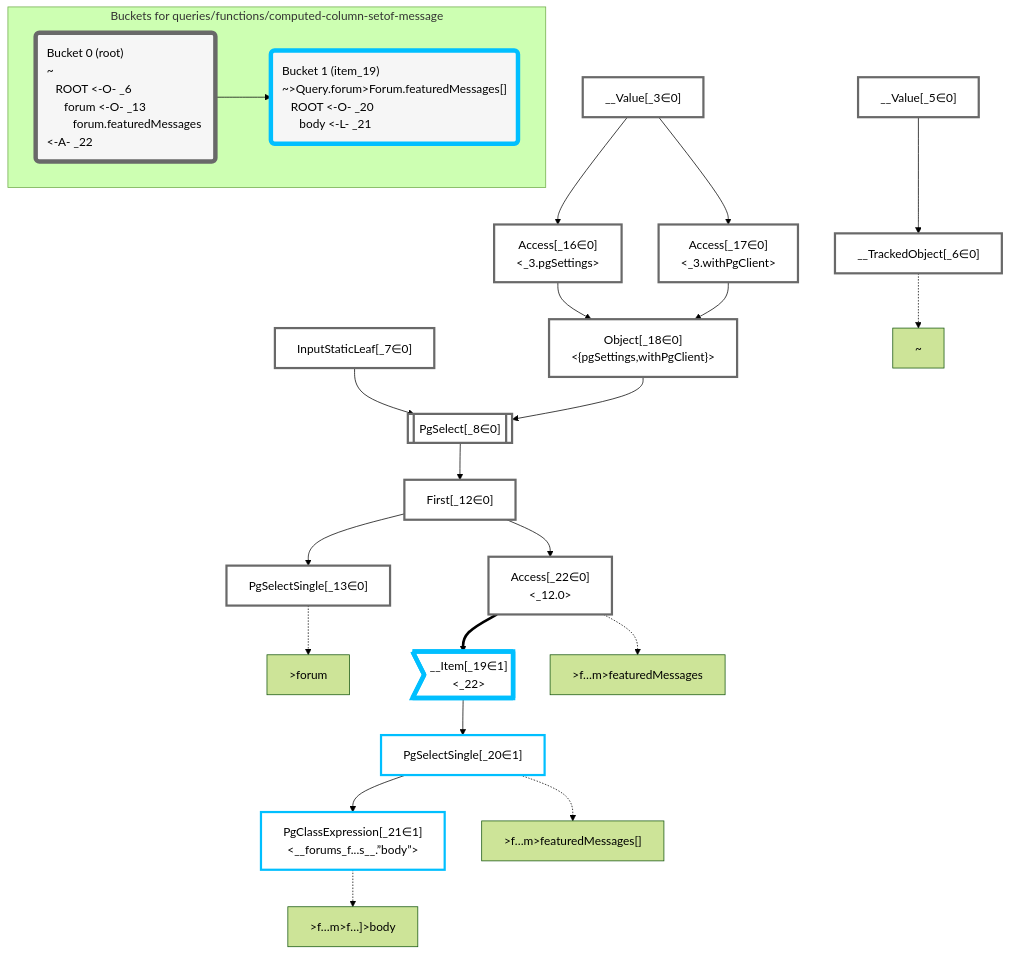
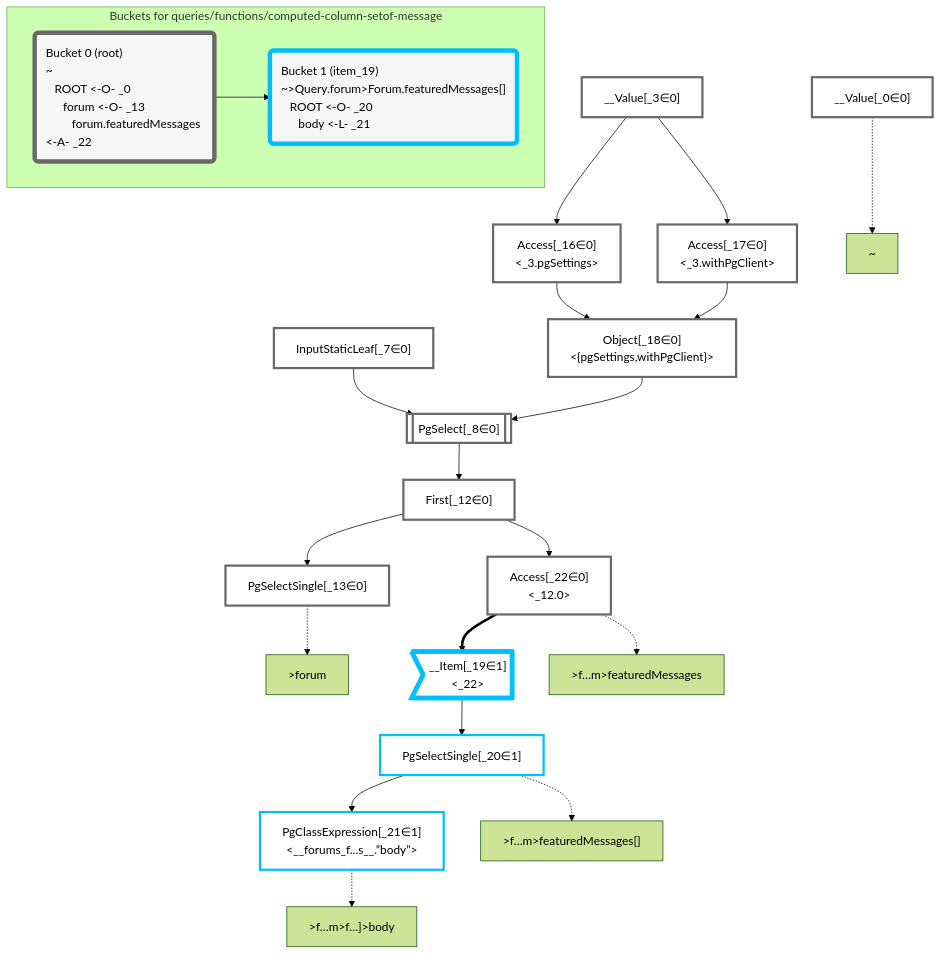
The diagram in packages/dataplan-pg/__tests__/queries/functions/computed-column-setof-message.mermaid.md (graphile/crystal), drawn with Mermaid (forest theme) before and after one commit. The commit also changed 193 other files, not shown here.

Commit message:
Update test plan snapshots with new root plan

````diff
--- a/packages/dataplan-pg/__tests__/queries/functions/computed-column-setof-message.mermaid.md
+++ b/packages/dataplan-pg/__tests__/queries/functions/computed-column-setof-message.mermaid.md
@@ -1,66 +1,64 @@
 ```mermaid
 graph TD
     classDef path fill:#eee,stroke:#000,color:#000
     classDef plan fill:#fff,stroke-width:3px,color:#000
     classDef itemplan fill:#fff,stroke-width:6px,color:#000
     classDef sideeffectplan fill:#f00,stroke-width:6px,color:#000
     classDef bucket fill:#f6f6f6,color:#000,stroke-width:6px,text-align:left
 
 
     %% define plans
+    __Value_0["__Value[_0∈0]"]:::plan
     __Value_3["__Value[_3∈0]<br /><context>"]:::plan
-    __Value_5["__Value[_5∈0]<br /><rootValue>"]:::plan
-    __TrackedObject_6["__TrackedObject[_6∈0]"]:::plan
     InputStaticLeaf_7["InputStaticLeaf[_7∈0]"]:::plan
     PgSelect_8[["PgSelect[_8∈0]<br /><forums>"]]:::plan
     First_12["First[_12∈0]"]:::plan
     PgSelectSingle_13["PgSelectSingle[_13∈0]<br /><forums>"]:::plan
     Access_16["Access[_16∈0]<br /><_3.pgSettings>"]:::plan
     Access_17["Access[_17∈0]<br /><_3.withPgClient>"]:::plan
     Object_18["Object[_18∈0]<br /><{pgSettings,withPgClient}>"]:::plan
     __Item_19>"__Item[_19∈1]<br /><_22>"]:::itemplan
     PgSelectSingle_20["PgSelectSingle[_20∈1]<br /><forums_featured_messages>"]:::plan
     PgClassExpression_21["PgClassExpression[_21∈1]<br /><__forums_f...s__.”body”>"]:::plan
     Access_22["Access[_22∈0]<br /><_12.0>"]:::plan
 
     %% plan dependencies
-    __Value_5 --> __TrackedObject_6
     Object_18 --> PgSelect_8
     InputStaticLeaf_7 --> PgSelect_8
     PgSelect_8 --> First_12
     First_12 --> PgSelectSingle_13
     __Value_3 --> Access_16
     __Value_3 --> Access_17
     Access_16 --> Object_18
     Access_17 --> Object_18
     Access_22 ==> __Item_19
     __Item_19 --> PgSelectSingle_20
     PgSelectSingle_20 --> PgClassExpression_21
     First_12 --> Access_22
 
     %% plan-to-path relationships
-    P_6["~"]
-    __TrackedObject_6 -.-> P_6
+    P_0["~"]
+    __Value_0 -.-> P_0
     P_13[">forum"]
     PgSelectSingle_13 -.-> P_13
     P_20[">f…m>featuredMessages[]"]
     PgSelectSingle_20 -.-> P_20
     P_21[">f…m>f…]>body"]
     PgClassExpression_21 -.-> P_21
     P_22[">f…m>featuredMessages"]
     Access_22 -.-> P_22
 
     %% allocate buckets
     classDef bucket0 stroke:#696969
-    class __Value_3,__Value_5,__TrackedObject_6,InputStaticLeaf_7,PgSelect_8,First_12,PgSelectSingle_13,Access_16,Access_17,Object_18,Access_22 bucket0
+    class __Value_0,__Value_3,InputStaticLeaf_7,PgSelect_8,First_12,PgSelectSingle_13,Access_16,Access_17,Object_18,Access_22 bucket0
     classDef bucket1 stroke:#00bfff
     class __Item_19,PgSelectSingle_20,PgClassExpression_21 bucket1
 
     subgraph "Buckets for queries/functions/computed-column-setof-message"
-    Bucket0("Bucket 0 (root)<br />~<br />⠀ROOT <-O- _6<br />⠀⠀forum <-O- _13<br />⠀⠀⠀forum.featuredMessages <-A- _22"):::bucket
+    Bucket0("Bucket 0 (root)<br />~<br />⠀ROOT <-O- _0<br />⠀⠀forum <-O- _13<br />⠀⠀⠀forum.featuredMessages <-A- _22"):::bucket
     style Bucket0 stroke:#696969
     Bucket1("Bucket 1 (item_19)<br />~>Query.forum>Forum.featuredMessages[]<br />⠀ROOT <-O- _20<br />⠀⠀body <-L- _21"):::bucket
     style Bucket1 stroke:#00bfff
     Bucket0 --> Bucket1
     end
 ```
````
